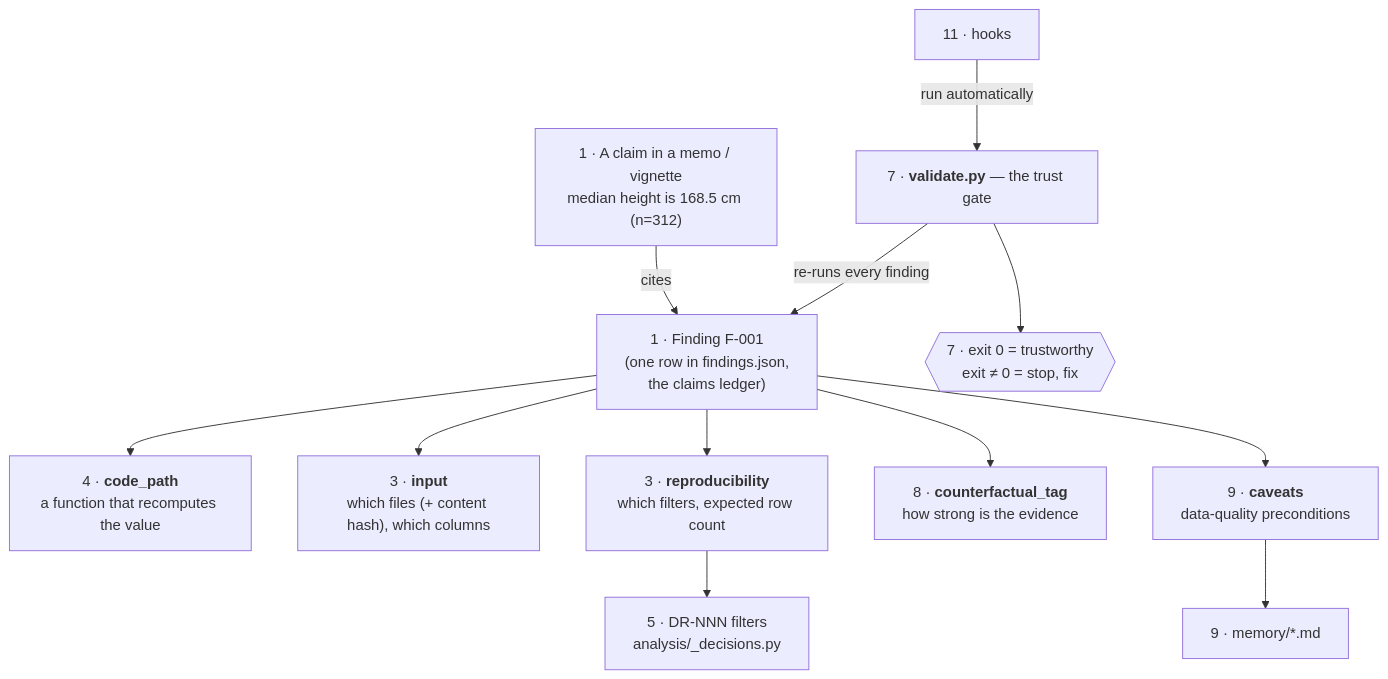
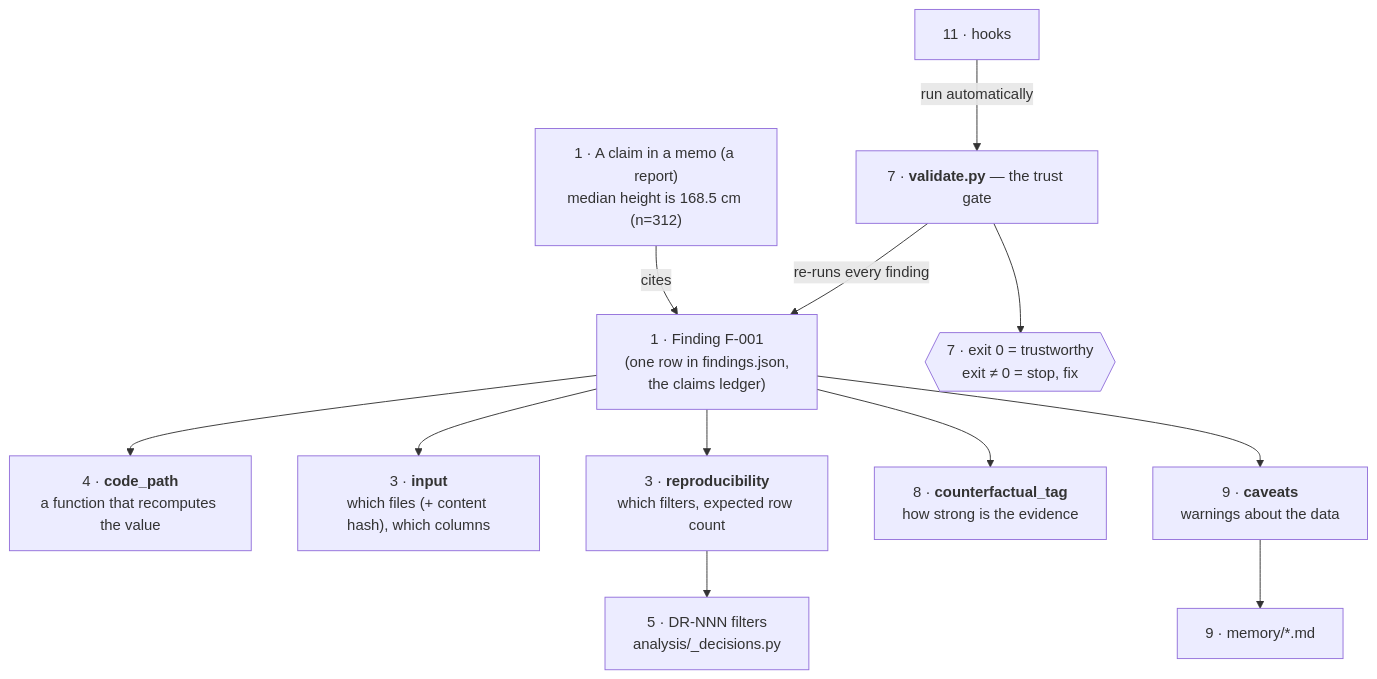
One commit to stephs-repos/analysis-kit changed the first of 6 diagrams in docs/CONCEPTS.md. Above: the diagram before and after it, drawn with Mermaid. The commit also changed other lines of this file, not shown here.

````diff
--- a/docs/CONCEPTS.md
+++ b/docs/CONCEPTS.md
@@ -24,19 +26,19 @@
 ```mermaid
 flowchart TD
-  memo["1 · A claim in a memo / vignette<br/>median height is 168.5 cm (n=312)"] -->|cites| F
+  memo["1 · A claim in a memo (a report)<br/>median height is 168.5 cm (n=312)"] -->|cites| F
 
   F["1 · Finding F-001<br/>(one row in findings.json,<br/>the claims ledger)"]
 
   F --> code["4 · <b>code_path</b><br/>a function that recomputes the value"]
   F --> input["3 · <b>input</b><br/>which files (+ content hash), which columns"]
   F --> repro["3 · <b>reproducibility</b><br/>which filters, expected row count"]
   F --> tag["8 · <b>counterfactual_tag</b><br/>how strong is the evidence"]
-  F --> cav["9 · <b>caveats</b><br/>data-quality preconditions"]
+  F --> cav["9 · <b>caveats</b><br/>warnings about the data"]
 
   repro --> dec["5 · DR-NNN filters<br/>analysis/_decisions.py"]
   cav --> mem["9 · memory/*.md"]
 
   validate["7 · <b>validate.py</b> — the trust gate"] -->|re-runs every finding| F
   validate --> exit{{"7 · exit 0 = trustworthy<br/>exit ≠ 0 = stop, fix"}}
   hooks["11 · hooks"] -->|run automatically| validate
 ```
````
